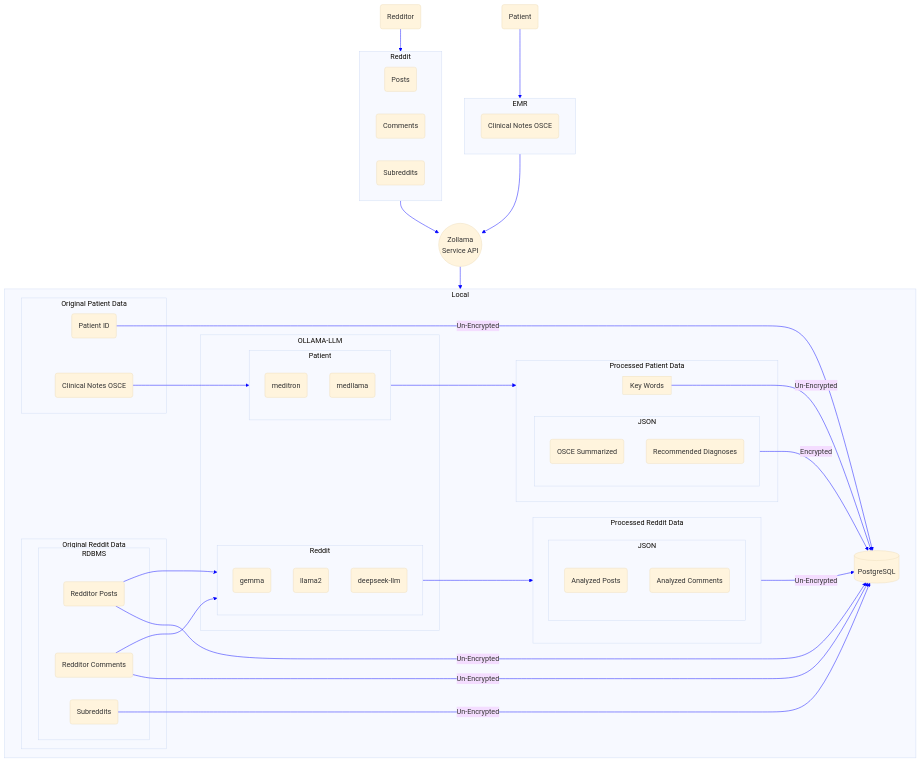
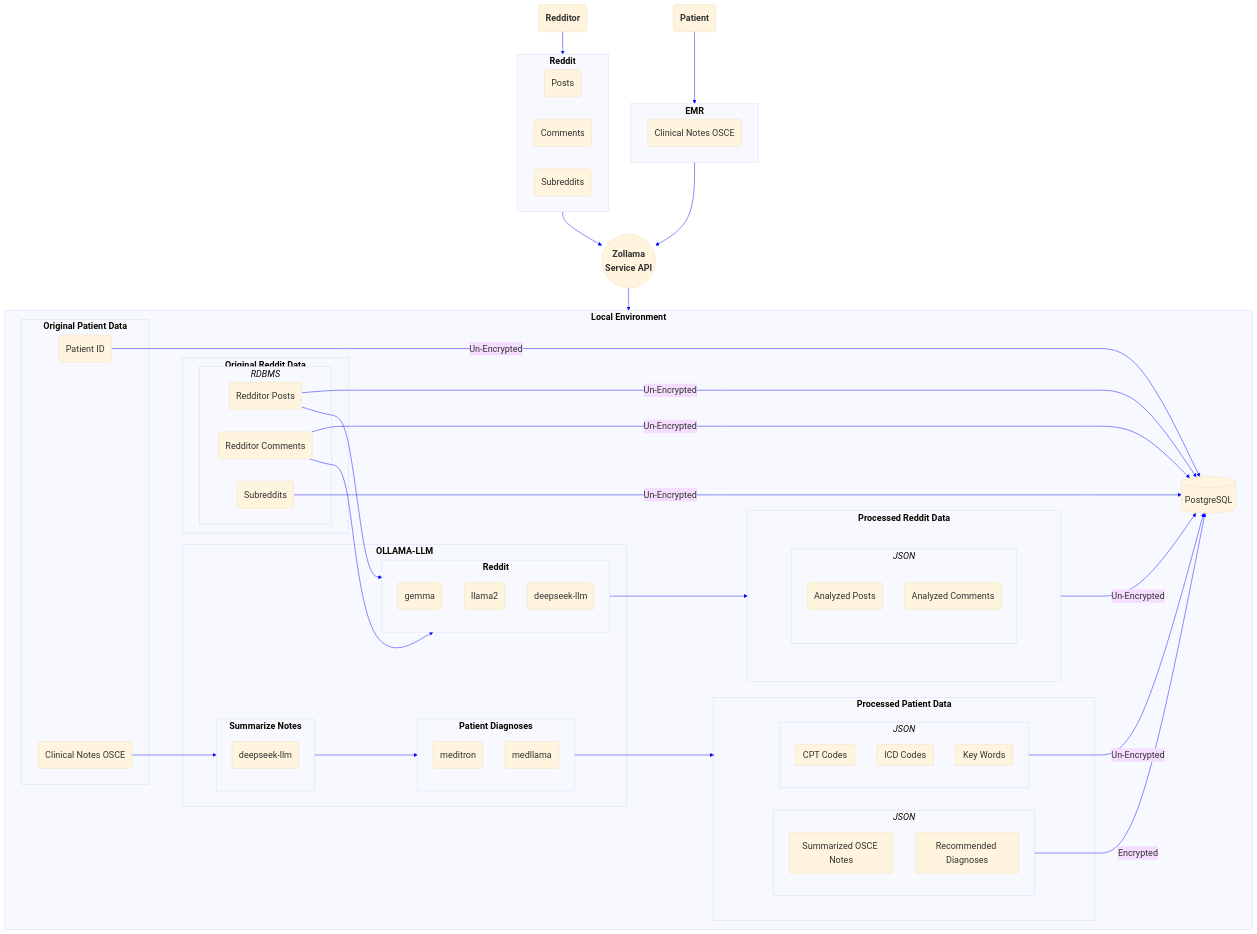
Before and after one commit to ovaisq/LLM-MedBillingForecast: the first of 3 diagrams in README.md, drawn with Mermaid. The commit also changed 1 other file, not shown here.

Commit message:
updated overview diagram in README.md

````diff
--- a/README.md
+++ b/README.md
@@ -5,27 +5,29 @@
 ```mermaid
-%%{init: {'theme': 'base', 'themeVariables': {'lineColor': 'Blue'}}}%%
+%%{init: {'theme': 'base', 'themeVariables': {'lineColor': 'Blue', 'fontSize':'20px',"fontFamily": "Trebuchet MS, Verdana, Arial, Sans-Serif"}}}%%
 flowchart TD
-Z((Zollama
-Service API))
-A(gemma)
-AZA(llama2)
-AZB(deepseek-llm)
-B(meditron)
-BA(medllama)
-C(Patient)
-F(Redditor)
-D[(PostgreSQL)]
-AE(Posts)
-AF(Comments)
-AG(Subreddits)
-CAC(Clinical Notes OSCE)
-Reddit --> Z
-C --> EMR
-EMR --> Z
-Z --> Local
-F --> Reddit
+    classDef subgraph_padding fill:none,stroke:none
+    Z(("`**Zollama
+    Service API**`"))
+    A(gemma)
+    AZA(llama2)
+    AZB(deepseek-llm)
+    B(meditron)
+    BA(medllama)
+    C("`**Patient**`")
+    F("`**Redditor**`")
+    D[(PostgreSQL)]
+    AE(Posts)
+    AF(Comments)
+    AG(Subreddits)
+    CAC(Clinical Notes OSCE)
+    Reddit --> Z
+    C --> EMR
+    EMR --> Z
+    Z --> Local
+    F --> Reddit
 
-subgraph Local
+subgraph Local["`**Local Environment**`"]
+
 PatientOllama --> ProcessedPatientData
 RedditOllama --> ProcessedRedditData
 PJSON -- Encrypted --> D
@@ -36,55 +38,70 @@
 RDD --"Un-Encrypted"--> D
 RDE --"Un-Encrypted"--> D
 RDC --"Un-Encrypted"--> D
-OPDA --> PatientOllama
+OPDA --> Summary
+Summary --> PatientOllama
 OPDB -- "Un-Encrypted" --> D
-DiagnosticKeyWords -- "Un-Encrypted" --> D
+PPJSON -- "Un-Encrypted" --> D
 
-subgraph OriginalPatientData["Original Patient Data"]
+subgraph OriginalPatientData["`**Original Patient Data**`"]
 OPDA(Clinical Notes OSCE)
 OPDB(Patient ID)
 end
-subgraph RedditData["Original Reddit Data"]
-subgraph RDBMS
-RDD(Redditor Posts)
-RDE(Redditor Comments)
-RDC(Subreddits)
+
+subgraph RedditData["`**Original Reddit Data**`"]
+subgraph RDBMS["`_RDBMS_`"]
+    RDD(Redditor Posts)
+    RDE(Redditor Comments)
+    RDC(Subreddits)
 end
 end
-
-subgraph OLLAMA-LLM
-
-subgraph RedditOllama["Reddit"]
-A
-AZA
-AZB
+subgraph OLLAMA-LLM["`**OLLAMA-LLM**`"]
+subgraph RedditOllama["`**Reddit**`"]
+    A
+    AZA
+    AZB
 end
-subgraph PatientOllama["Patient"]
-B
-BA
+subgraph Summary["`**Summarize Notes**`" ]
+    SA(deepseek-llm)
+end
+subgraph PatientOllama["`**Patient Diagnoses**`"]
+    B
+    BA
 end
 end
-subgraph ProcessedPatientData["Processed Patient Data"]
-subgraph PJSON["JSON"]
-PDB(OSCE Summarized)
-PDC(Recommended Diagnoses)
+subgraph ProcessedPatientData["`**Processed Patient Data**`"]
+subgraph subgraph_padding2[ ]
+subgraph PJSON["`_JSON_`"]
+    PDB(Summarized OSCE Notes)
+    PDC(Recommended Diagnoses)
 end
+subgraph PPJSON["`_JSON_`"]
 subgraph DiagnosticKeyWords["Key Words"]
 end
+subgraph ICD["ICD Codes"]
 end
-subgraph ProcessedRedditData["Processed Reddit Data"]
-subgraph JSON
-RDA(Analyzed Posts)
-RDB(Analyzed Comments)
+subgraph CPT["CPT Codes"]
 end
 end
 end
-subgraph EMR
-CAC
 end
-subgraph Reddit
-AE
-AF
-AG
+subgraph ProcessedRedditData["`**Processed Reddit Data**`"]
+subgraph subgraph_padding1[ ]
+subgraph JSON["`_JSON_`"]
+    RDA(Analyzed Posts)
+    RDB(Analyzed Comments)
 end
+end
+end
+end
+subgraph EMR["`**EMR**`"]
+    CAC
+end
+subgraph Reddit["`**Reddit**`"]
+    AE
+    AF
+    AG
+end
+class subgraph_padding1 subgraph_padding
+class subgraph_padding2 subgraph_padding
 ```
````
